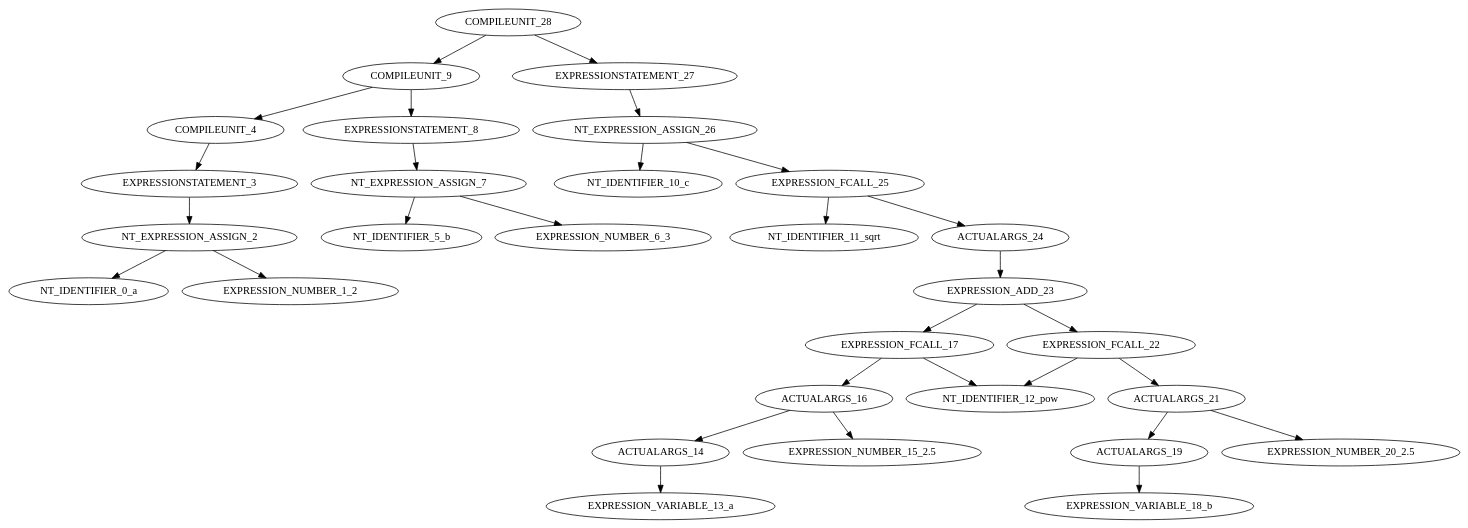
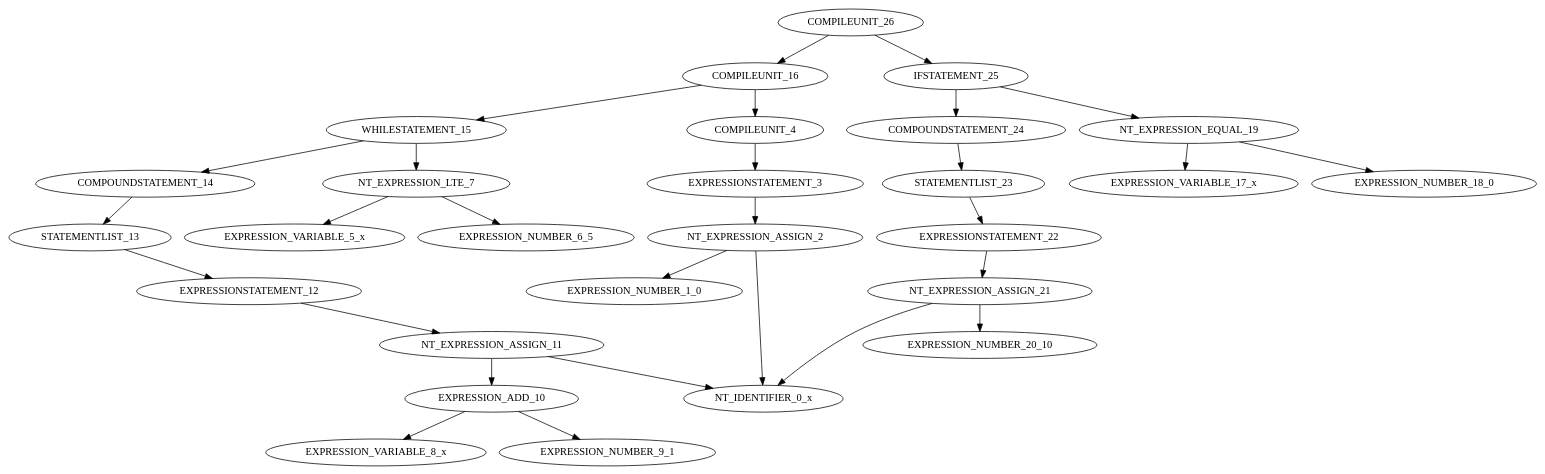
The diagram in ST.dot (LPoulitsis/TypeCheckingMINIC), drawn with Graphviz before and after one commit. The commit also changed 4 other files, not shown here.

```diff
--- a/ST.dot
+++ b/ST.dot
@@ -1,31 +1,30 @@
 digraph G{
-"COMPILEUNIT_28"->"COMPILEUNIT_9";
-"COMPILEUNIT_9"->"COMPILEUNIT_4";
+"COMPILEUNIT_26"->"COMPILEUNIT_16";
+"COMPILEUNIT_16"->"COMPILEUNIT_4";
 "COMPILEUNIT_4"->"EXPRESSIONSTATEMENT_3";
 "EXPRESSIONSTATEMENT_3"->"NT_EXPRESSION_ASSIGN_2";
-"NT_EXPRESSION_ASSIGN_2"->"NT_IDENTIFIER_0_a";
-"NT_EXPRESSION_ASSIGN_2"->"EXPRESSION_NUMBER_1_2";
-"COMPILEUNIT_9"->"EXPRESSIONSTATEMENT_8";
-"EXPRESSIONSTATEMENT_8"->"NT_EXPRESSION_ASSIGN_7";
-"NT_EXPRESSION_ASSIGN_7"->"NT_IDENTIFIER_5_b";
-"NT_EXPRESSION_ASSIGN_7"->"EXPRESSION_NUMBER_6_3";
-"COMPILEUNIT_28"->"EXPRESSIONSTATEMENT_27";
-"EXPRESSIONSTATEMENT_27"->"NT_EXPRESSION_ASSIGN_26";
-"NT_EXPRESSION_ASSIGN_26"->"NT_IDENTIFIER_10_c";
-"NT_EXPRESSION_ASSIGN_26"->"EXPRESSION_FCALL_25";
-"EXPRESSION_FCALL_25"->"NT_IDENTIFIER_11_sqrt";
-"EXPRESSION_FCALL_25"->"ACTUALARGS_24";
-"ACTUALARGS_24"->"EXPRESSION_ADD_23";
-"EXPRESSION_ADD_23"->"EXPRESSION_FCALL_17";
-"EXPRESSION_FCALL_17"->"NT_IDENTIFIER_12_pow";
-"EXPRESSION_FCALL_17"->"ACTUALARGS_16";
-"ACTUALARGS_16"->"ACTUALARGS_14";
-"ACTUALARGS_14"->"EXPRESSION_VARIABLE_13_a";
-"ACTUALARGS_16"->"EXPRESSION_NUMBER_15_2.5";
-"EXPRESSION_ADD_23"->"EXPRESSION_FCALL_22";
-"EXPRESSION_FCALL_22"->"NT_IDENTIFIER_12_pow";
-"EXPRESSION_FCALL_22"->"ACTUALARGS_21";
-"ACTUALARGS_21"->"ACTUALARGS_19";
-"ACTUALARGS_19"->"EXPRESSION_VARIABLE_18_b";
-"ACTUALARGS_21"->"EXPRESSION_NUMBER_20_2.5";
+"NT_EXPRESSION_ASSIGN_2"->"NT_IDENTIFIER_0_x";
+"NT_EXPRESSION_ASSIGN_2"->"EXPRESSION_NUMBER_1_0";
+"COMPILEUNIT_16"->"WHILESTATEMENT_15";
+"WHILESTATEMENT_15"->"NT_EXPRESSION_LTE_7";
+"NT_EXPRESSION_LTE_7"->"EXPRESSION_VARIABLE_5_x";
+"NT_EXPRESSION_LTE_7"->"EXPRESSION_NUMBER_6_5";
+"WHILESTATEMENT_15"->"COMPOUNDSTATEMENT_14";
+"COMPOUNDSTATEMENT_14"->"STATEMENTLIST_13";
+"STATEMENTLIST_13"->"EXPRESSIONSTATEMENT_12";
+"EXPRESSIONSTATEMENT_12"->"NT_EXPRESSION_ASSIGN_11";
+"NT_EXPRESSION_ASSIGN_11"->"NT_IDENTIFIER_0_x";
+"NT_EXPRESSION_ASSIGN_11"->"EXPRESSION_ADD_10";
+"EXPRESSION_ADD_10"->"EXPRESSION_VARIABLE_8_x";
+"EXPRESSION_ADD_10"->"EXPRESSION_NUMBER_9_1";
+"COMPILEUNIT_26"->"IFSTATEMENT_25";
+"IFSTATEMENT_25"->"NT_EXPRESSION_EQUAL_19";
+"NT_EXPRESSION_EQUAL_19"->"EXPRESSION_VARIABLE_17_x";
+"NT_EXPRESSION_EQUAL_19"->"EXPRESSION_NUMBER_18_0";
+"IFSTATEMENT_25"->"COMPOUNDSTATEMENT_24";
+"COMPOUNDSTATEMENT_24"->"STATEMENTLIST_23";
+"STATEMENTLIST_23"->"EXPRESSIONSTATEMENT_22";
+"EXPRESSIONSTATEMENT_22"->"NT_EXPRESSION_ASSIGN_21";
+"NT_EXPRESSION_ASSIGN_21"->"NT_IDENTIFIER_0_x";
+"NT_EXPRESSION_ASSIGN_21"->"EXPRESSION_NUMBER_20_10";
 }
```
